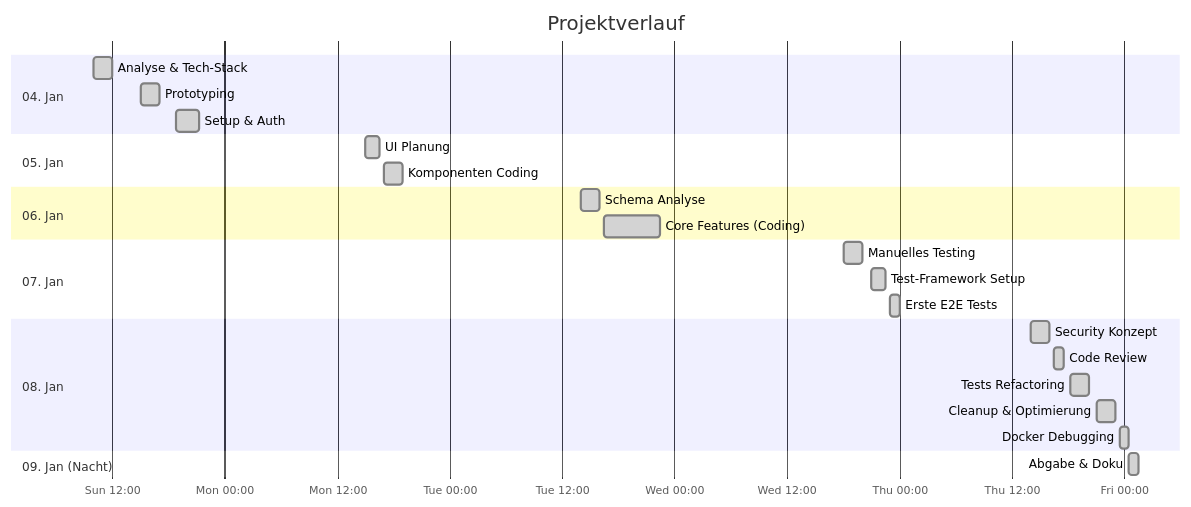
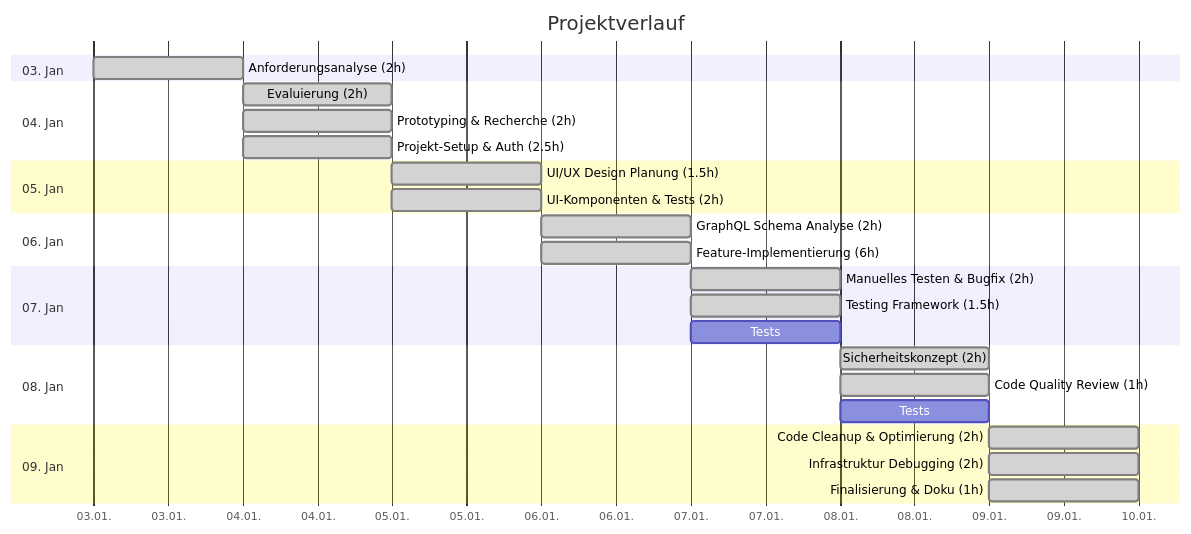
Before and after one commit to nickrusnak/SPA_React_Vite_Bootstrap_GraphQL: the diagram in .extras/doc/projektplan_gantt.md, drawn with Mermaid. The commit also changed other lines of this file, not shown here.

Commit message:
docs: Projektplan Gantt-Diagramm aktualisiert

````diff
--- a/.extras/doc/projektplan_gantt.md
+++ b/.extras/doc/projektplan_gantt.md
@@ -6,34 +5,37 @@
 ```mermaid
 gantt
     title Projektverlauf
-    dateFormat  YYYY-MM-DD HH:mm
-    axisFormat  %a %H:00
+    dateFormat  YYYY-MM-DD
+    axisFormat  %d.%m.
+    
+    section 03. Jan
+    Anforderungsanalyse (2h)           :done, 2026-01-03, 1d
     
     section 04. Jan
-    Analyse & Tech-Stack      :done, 2026-01-04 10:00, 2h
-    Prototyping               :done, 2026-01-04 15:00, 2h
-    Setup & Auth              :done, 2026-01-04 18:45, 2.5h
-    
+    Evaluierung (2h)                   :done, 2026-01-04, 1d
+    Prototyping & Recherche (2h)       :done, 2026-01-04, 1d
+    Projekt-Setup & Auth (2.5h)        :done, 2026-01-04, 1d
+
     section 05. Jan
-    UI Planung                :done, 2026-01-05 15:00, 1.5h
-    Komponenten Coding        :done, 2026-01-05 17:00, 2h
+    UI/UX Design Planung (1.5h)        :done, 2026-01-05, 1d
+    UI-Komponenten & Tests (2h)        :done, 2026-01-05, 1d
 
     section 06. Jan
-    Schema Analyse            :done, 2026-01-06 14:00, 2h
-    Core Features (Coding)    :done, 2026-01-06 16:30, 6h
+    GraphQL Schema Analyse (2h)        :done, 2026-01-06, 1d
+    Feature-Implementierung (6h)       :done, 2026-01-06, 1d
 
     section 07. Jan
-    Manuelles Testing         :done, 2026-01-07 18:00, 2h
-    Test-Framework Setup      :done, 2026-01-07 21:00, 1.5h
-    Erste E2E Tests           :done, 2026-01-07 23:00, 1h
+    Manuelles Testen & Bugfix (2h)     :done, 2026-01-07, 1d
+    Testing Framework (1.5h)           :done, 2026-01-07, 1d
+    Tests: Setup & Basic E2E (1h)      :done, 2026-01-07, 1d
     
     section 08. Jan
-    Security Konzept          :done, 2026-01-08 14:00, 2h
-    Code Review               :done, 2026-01-08 16:30, 1h
-    Tests Refactoring         :done, 2026-01-08 18:15, 2h
-    Cleanup & Optimierung     :done, 2026-01-08 21:00, 2h
-    Docker Debugging          :done, 2026-01-08 23:30, 1h
+    Sicherheitskonzept (2h)            :done, 2026-01-08, 1d
+    Code Quality Review (1h)           :done, 2026-01-08, 1d
+    Tests: Refactoring & Fixtures (2h) :done, 2026-01-08, 1d
     
-    section 09. Jan (Nacht)
-    Abgabe & Doku             :done, 2026-01-09 00:30, 1h
+    section 09. Jan
+    Code Cleanup & Optimierung (2h)    :done, 2026-01-09, 1d
+    Infrastruktur Debugging (2h)       :done, 2026-01-09, 1d
+    Finalisierung & Doku (1h)          :done, 2026-01-09, 1d
 ```
````
